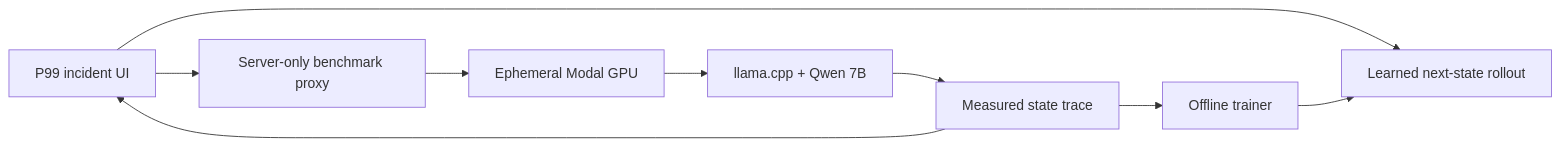
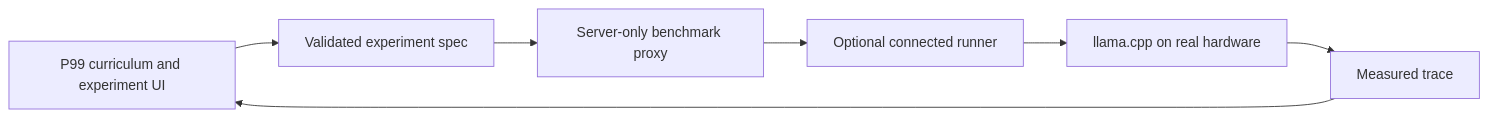
The diagram in docs/architecture.md (syedmujahedalih/learnscape), drawn with Mermaid before and after one commit. The commit also changed other lines of this file and 25 other files, not shown here.

````diff
--- a/docs/architecture.md
+++ b/docs/architecture.md
@@ -34,11 +28,9 @@
 ```mermaid
 flowchart LR
-  UI["P99 incident UI"] --> WM["Learned next-state rollout"]
-  UI --> API["Server-only benchmark proxy"]
-  API --> MODAL["Ephemeral Modal GPU"]
-  MODAL --> LLAMA["llama.cpp + Qwen 7B"]
-  LLAMA --> TRACE["Measured state trace"]
+  UI["P99 curriculum and experiment UI"] --> SPEC["Validated experiment spec"]
+  SPEC --> API["Server-only benchmark proxy"]
+  API --> RUNNER["Optional connected runner"]
+  RUNNER --> LLAMA["llama.cpp on real hardware"]
+  LLAMA --> TRACE["Measured trace"]
   TRACE --> UI
-  TRACE --> TRAIN["Offline trainer"]
-  TRAIN --> WM
 ```
````
